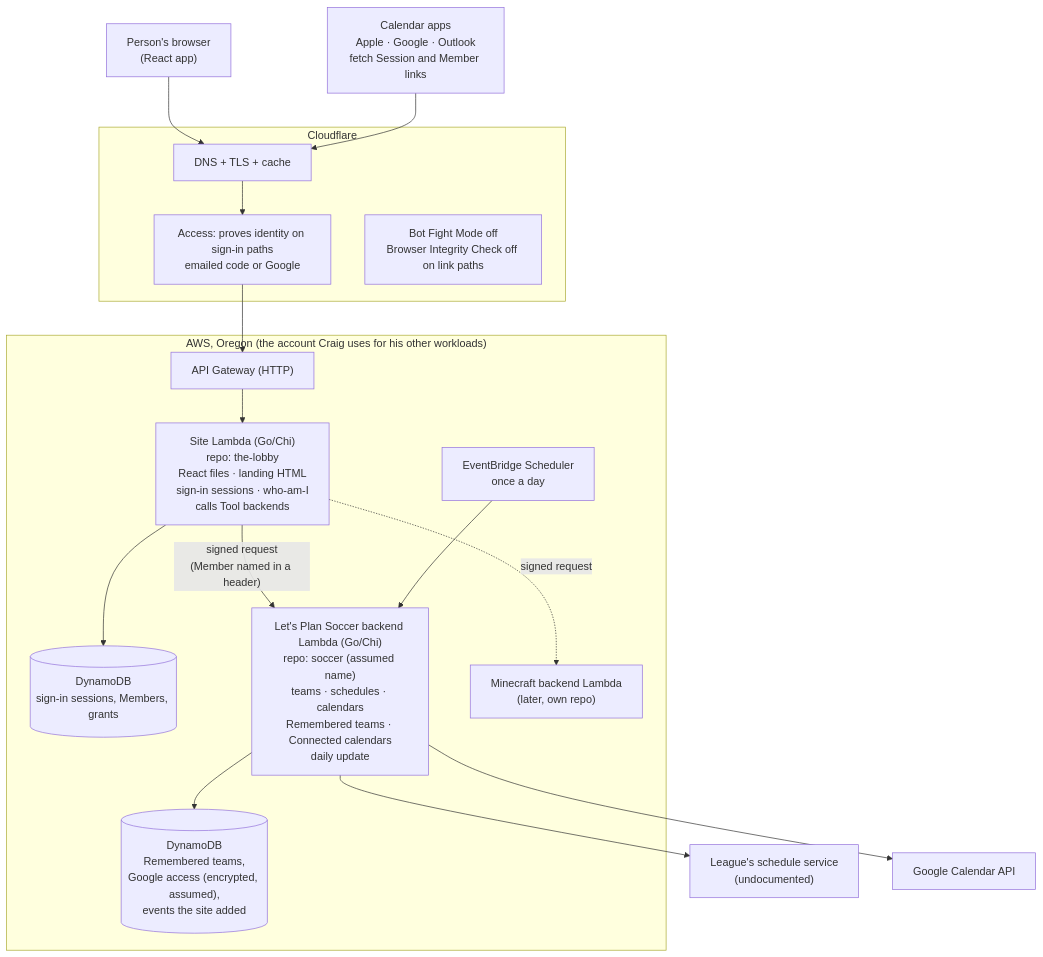
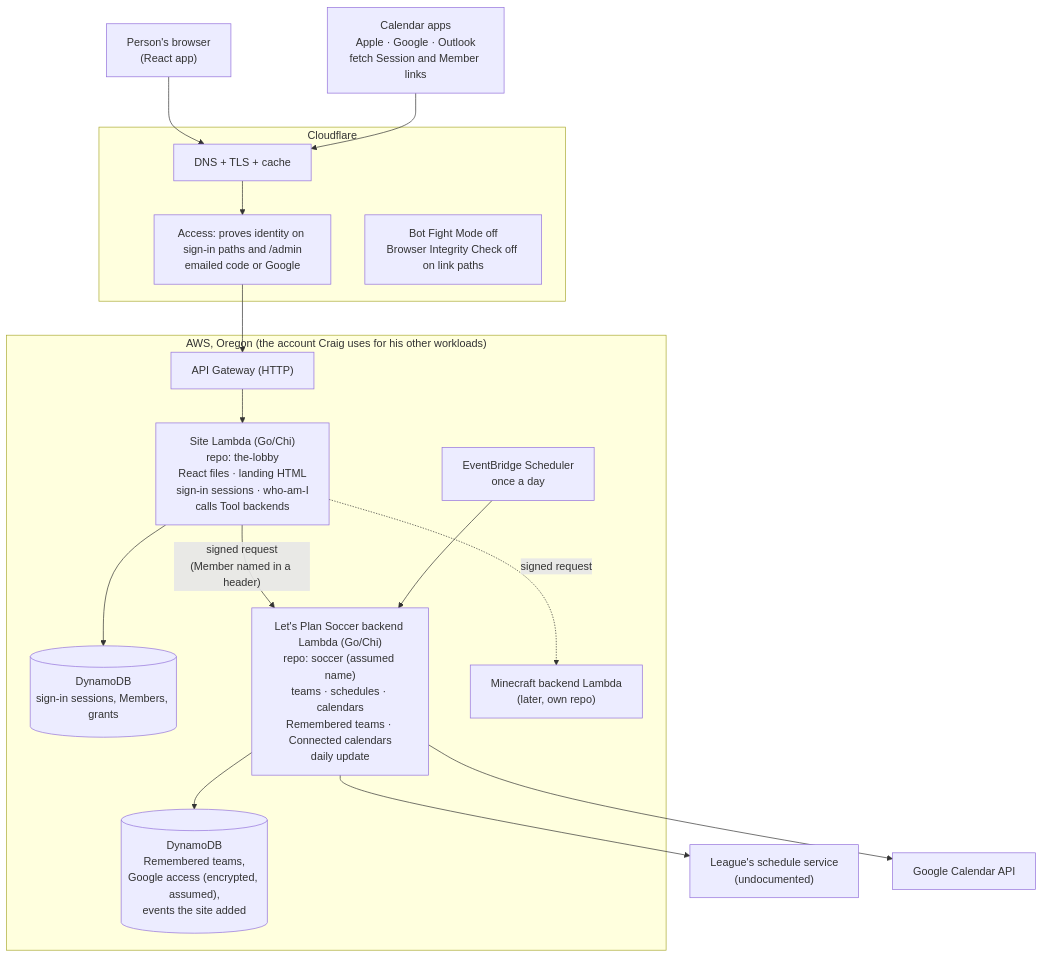
The second of 3 diagrams in docs/infrastructure.md (CraigDevJohnson/the-lobby), drawn with Mermaid before and after one commit. The commit also changed other lines of this file and 54 other files, not shown here.

````diff
--- a/docs/infrastructure.md
+++ b/docs/infrastructure.md
@@ -34,34 +34,34 @@
 ```mermaid
 flowchart TB
     person["Person's browser<br/>(React app)"]
     calapps["Calendar apps<br/>Apple · Google · Outlook<br/>fetch Session and Member links"]
 
     subgraph cf["Cloudflare"]
         dns["DNS + TLS + cache"]
-        acc["Access: proves identity on sign-in paths<br/>emailed code or Google"]
+        acc["Access: proves identity on sign-in paths and /admin<br/>emailed code or Google"]
         bots["Bot Fight Mode off<br/>Browser Integrity Check off on link paths"]
     end
 
     subgraph aws["AWS, Oregon (the account Craig uses for his other workloads)"]
         apigw["API Gateway (HTTP)"]
         site["Site Lambda (Go/Chi)<br/>repo: the-lobby<br/>React files · landing HTML<br/>sign-in sessions · who-am-I<br/>calls Tool backends"]
         siteDb[("DynamoDB<br/>sign-in sessions, Members, grants")]
         soccer["Let's Plan Soccer backend Lambda (Go/Chi)<br/>repo: soccer (assumed name)<br/>teams · schedules · calendars<br/>Remembered teams · Connected calendars<br/>daily update"]
         soccerDb[("DynamoDB<br/>Remembered teams,<br/>Google access (encrypted, assumed),<br/>events the site added")]
         sched["EventBridge Scheduler<br/>once a day"]
         mc["Minecraft backend Lambda<br/>(later, own repo)"]
     end
 
     lps["League's schedule service<br/>(undocumented)"]
     google["Google Calendar API"]
 
     person --> dns --> acc --> apigw --> site
     calapps --> dns
     site --> siteDb
     site -- "signed request<br/>(Member named in a header)" --> soccer
     site -. "signed request" .-> mc
     soccer --> soccerDb
     soccer --> lps
     soccer --> google
     sched --> soccer
 ```
````
